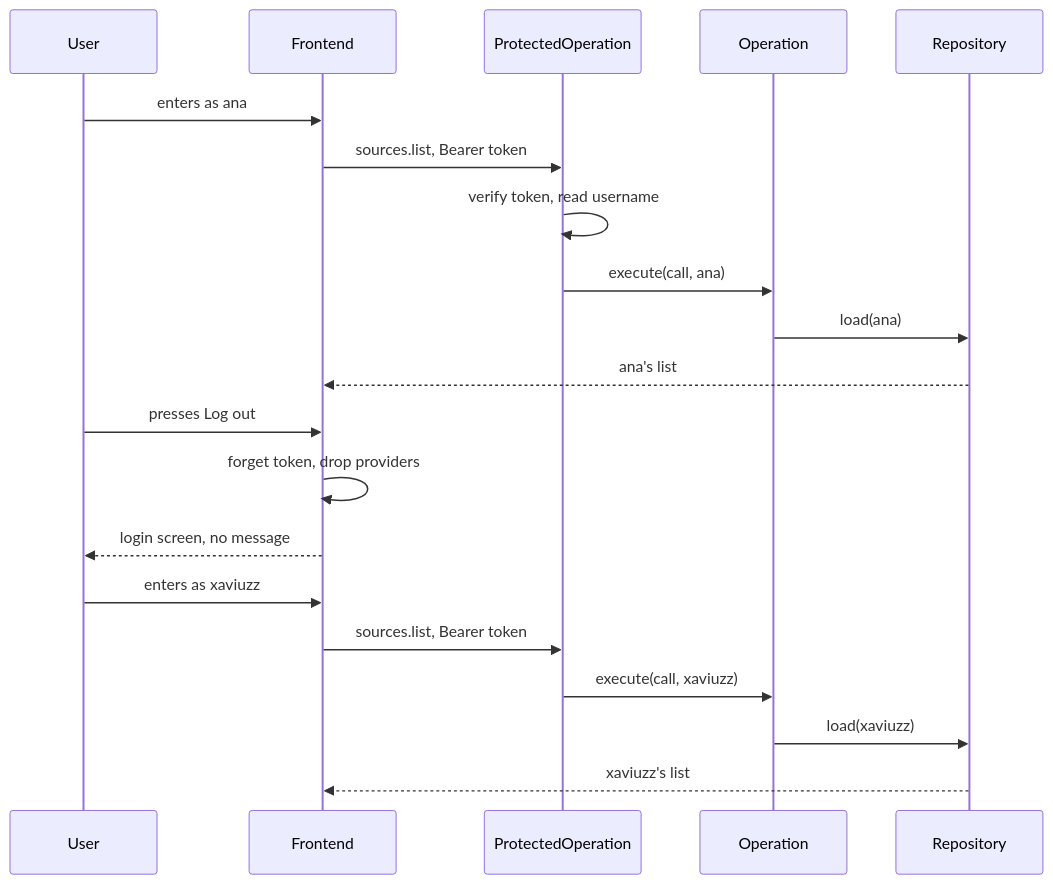
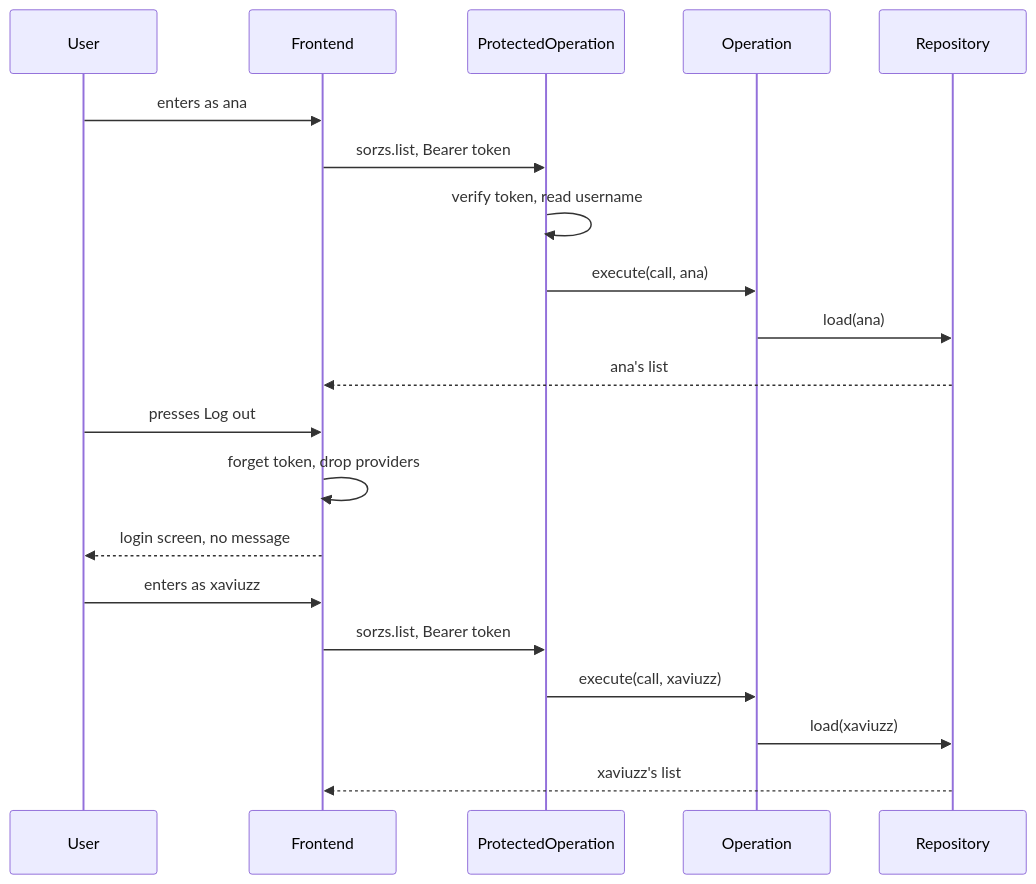
Before and after one commit to xaviuzz/prometeuzz: the diagram in harnesses/Sorzs/.claude/specs/multiuser-and-logout.md, drawn with Mermaid. The commit also changed other lines of this file and 72 other files, not shown here.

````diff
--- a/harnesses/Sorzs/.claude/specs/multiuser-and-logout.md
+++ b/harnesses/Sorzs/.claude/specs/multiuser-and-logout.md
@@ -49,22 +49,22 @@
 ```mermaid
 sequenceDiagram
     participant U as User
     participant F as Frontend
     participant P as ProtectedOperation
     participant O as Operation
     participant R as Repository
     U->>F: enters as ana
-    F->>P: sources.list, Bearer token
+    F->>P: sorzs.list, Bearer token
     P->>P: verify token, read username
     P->>O: execute(call, ana)
     O->>R: load(ana)
     R-->>F: ana's list
     U->>F: presses Log out
     F->>F: forget token, drop providers
     F-->>U: login screen, no message
     U->>F: enters as xaviuzz
-    F->>P: sources.list, Bearer token
+    F->>P: sorzs.list, Bearer token
     P->>O: execute(call, xaviuzz)
     O->>R: load(xaviuzz)
     R-->>F: xaviuzz's list
 ```
````
